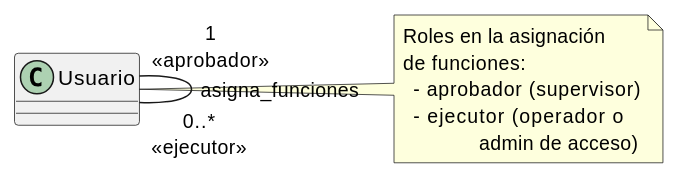
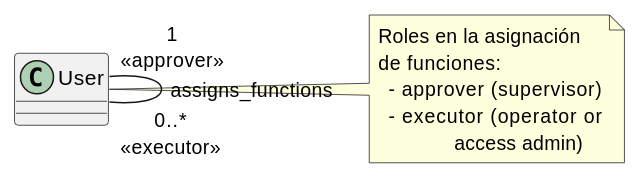
Before and after one commit to jcg-admin/IACT-docs: the diagram in source/requisitos/_metodologia-aplicacion/relaciones-uml/roles-en-asociacion-relacion-empleador-empleado.rst, drawn with PlantUML. The commit also changed 19 other files, not shown here.

First line of the commit message:
Translate identifiers in B-C relaciones-uml/ (T-011..T-030)

```diff
--- a/source/requisitos/_metodologia-aplicacion/relaciones-uml/roles-en-asociacion-relacion-empleador-empleado.rst
+++ b/source/requisitos/_metodologia-aplicacion/relaciones-uml/roles-en-asociacion-relacion-empleador-empleado.rst
@@ -8,14 +8,14 @@
 .. uml::
 
    @startuml
 
-   class Usuario
-   Usuario "1\n<<aprobador>>" -- "0..*\n<<ejecutor>>" Usuario : asigna_funciones
-   note right of Usuario
+   class User
+   User "1\n<<approver>>" -- "0..*\n<<executor>>" User : assigns_functions
+   note right of User
      Roles en la asignación
      de funciones:
-       - aprobador  (supervisor)
-       - ejecutor   (operador o
-                    admin de acceso)
+       - approver  (supervisor)
+       - executor  (operator or
+                    access admin)
    end note
    @enduml
```
